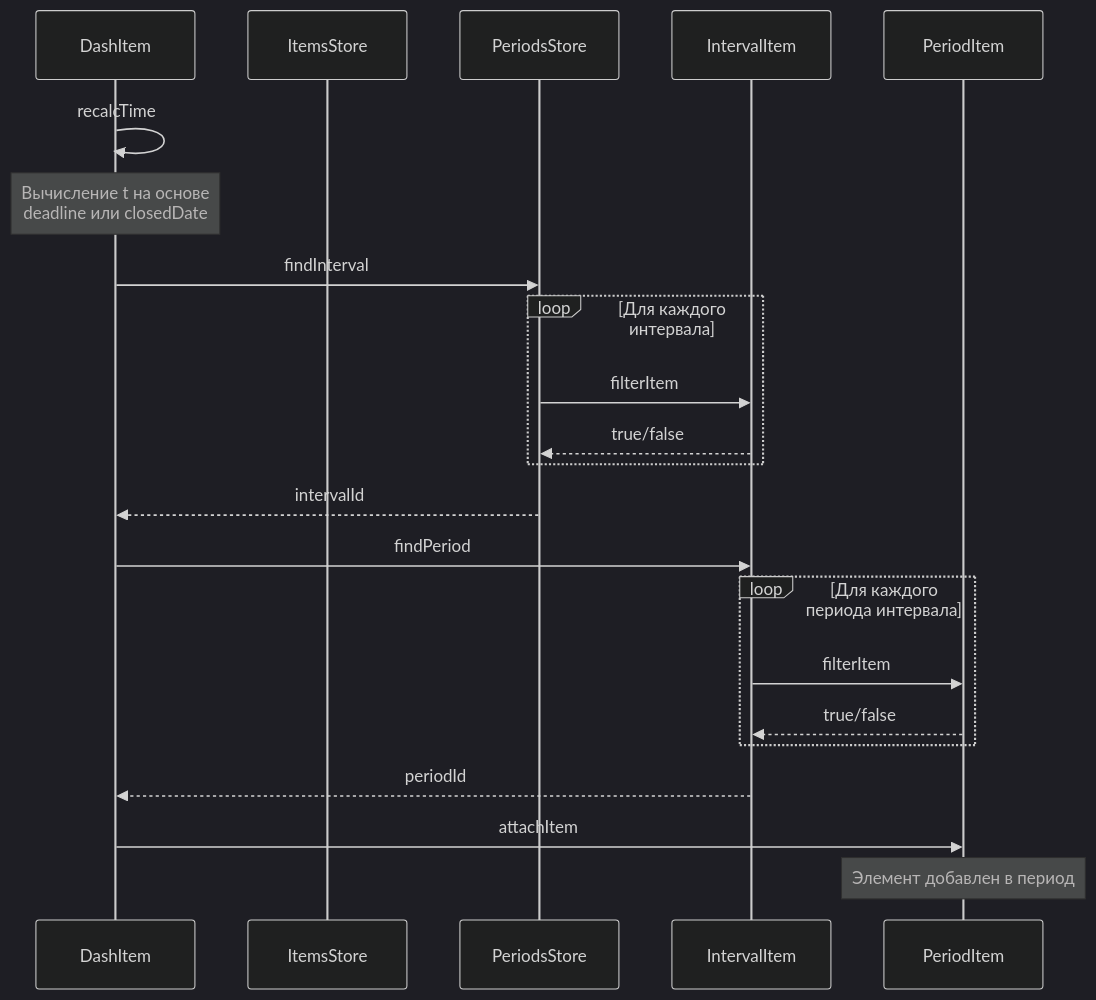
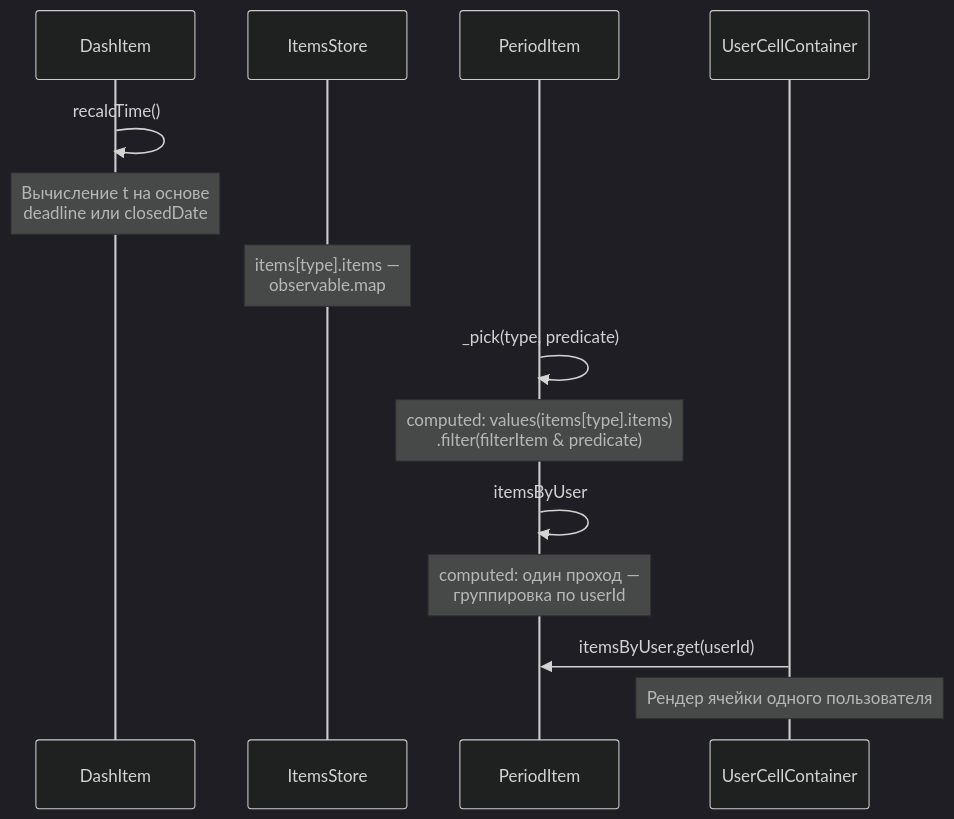
One commit to spo0okie/bxDash changed the third of 7 diagrams in docs/architecture.md. Above: the diagram before and after it, drawn with Mermaid (dark theme). The commit also changed other lines of this file and 28 other files, not shown here.

````diff
--- a/docs/architecture.md
+++ b/docs/architecture.md
@@ -347,28 +356,21 @@
 ```mermaid
 sequenceDiagram
     participant Item as DashItem
     participant IS as ItemsStore
-    participant PS as PeriodsStore
-    participant Interval as IntervalItem
     participant Period as PeriodItem
-    
-    Item->>Item: recalcTime
+    participant UCC as UserCellContainer
+
+    Item->>Item: recalcTime()
     Note over Item: Вычисление t на основе<br/>deadline или closedDate
-    
-    Item->>PS: findInterval
-    loop Для каждого интервала
-        PS->>Interval: filterItem
-        Interval-->>PS: true/false
-    end
-    PS-->>Item: intervalId
-    
-    Item->>Interval: findPeriod
-    loop Для каждого периода интервала
-        Interval->>Period: filterItem
-        Period-->>Interval: true/false
-    end
-    Interval-->>Item: periodId
-    
-    Item->>Period: attachItem
-    Note over Period: Элемент добавлен в период
+
+    Note over IS: items[type].items —<br/>observable.map
+
+    Period->>Period: _pick(type, predicate)
+    Note over Period: computed: values(items[type].items)<br/>.filter(filterItem & predicate)
+
+    Period->>Period: itemsByUser
+    Note over Period: computed: один проход —<br/>группировка по userId
+
+    UCC->>Period: itemsByUser.get(userId)
+    Note over UCC: Рендер ячейки одного пользователя
 ```
````
